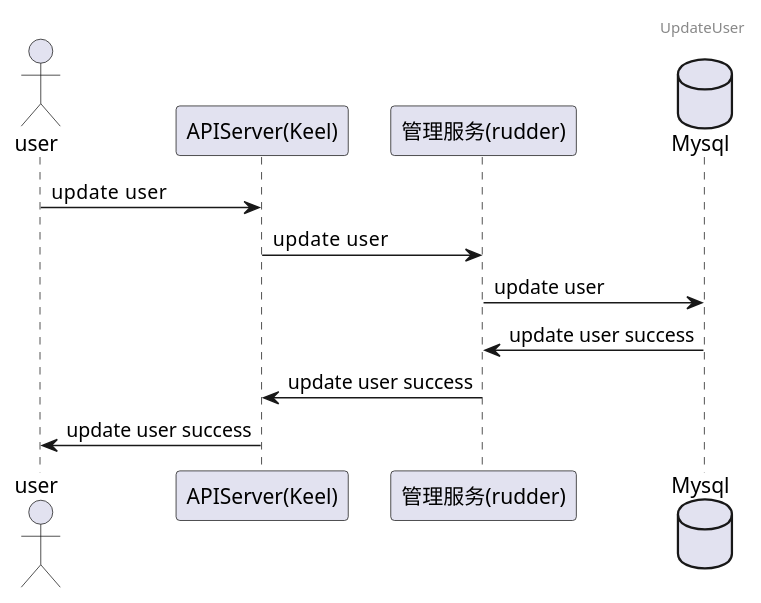
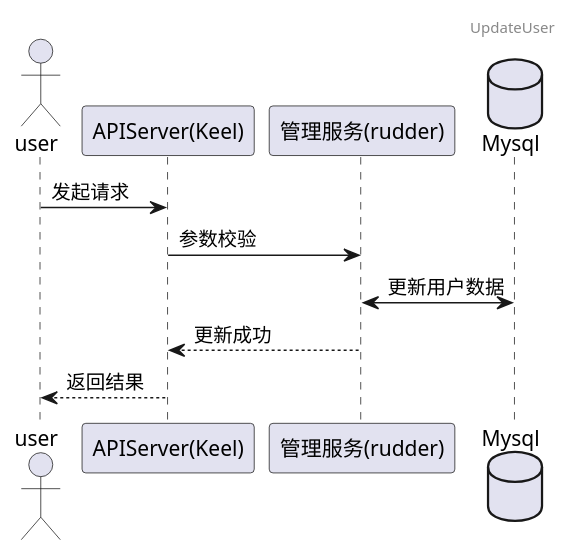
Before and after one commit to tkeel-io/docs: the sixth of 10 diagrams in docs/api/appendix/plantuml/user-manager-tenant.md, drawn with PlantUML. The commit also changed other lines of this file and 2 other files, not shown here.

````diff
--- a/docs/api/appendix/plantuml/user-manager-tenant.md
+++ b/docs/api/appendix/plantuml/user-manager-tenant.md
@@ -101,14 +100,15 @@
 ```plantuml
-
+@startuml
 header UpdateUser
 actor user
 participant "APIServer(Keel)"  as keel
 participant "管理服务(rudder)" as TenantService
 database Mysql
-user->keel: update  user
-keel->TenantService: update  user
-TenantService->Mysql: update user
-Mysql->TenantService: update user success
-TenantService->keel:update user success
-keel->user:update user success
+user->keel: 发起请求
+keel->TenantService: 参数校验
+TenantService<->Mysql: 更新用户数据
+TenantService-->keel:更新成功
+keel-->user:返回结果
+@enduml
+
 ```
````
